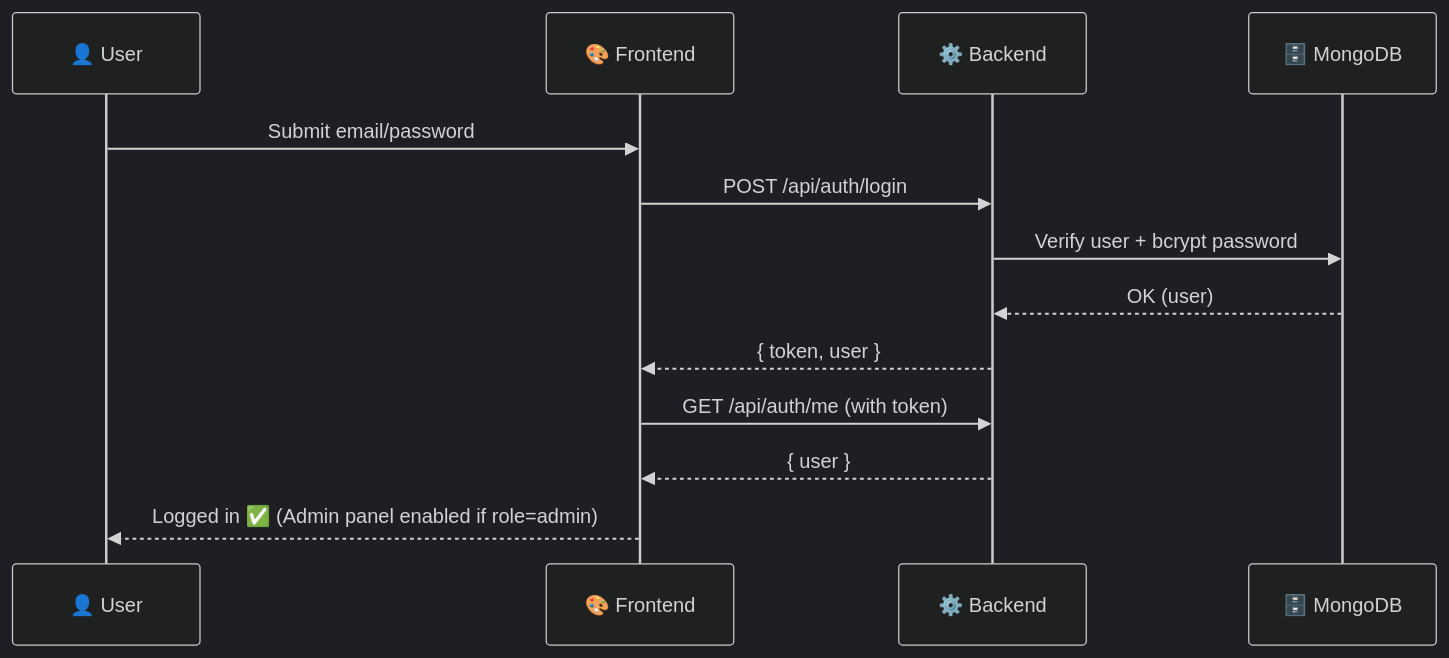
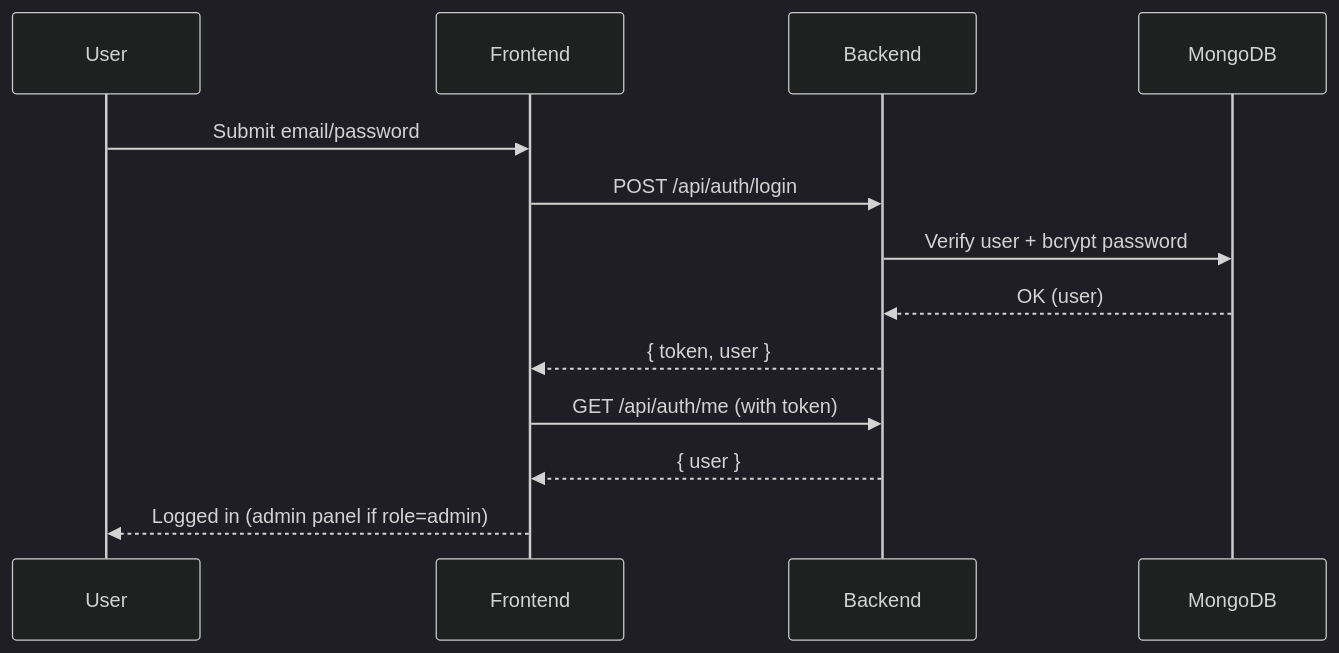
The third of 5 diagrams in README.md (Sandarsh18/KubePulse-Real-Time-Kubernetes-Management-Dashboard), drawn with Mermaid (dark theme) before and after one commit. The commit also changed other lines of this file, not shown here.

Commit message:
Docs: simplify Mermaid diagrams for GitHub readability (shorter labels, no emojis/styles)

````diff
--- a/README.md
+++ b/README.md
@@ -246,16 +230,16 @@
 ```mermaid
 sequenceDiagram
-    participant U as 👤 User
-    participant FE as 🎨 Frontend
-    participant BE as ⚙️ Backend
-    participant DB as 🗄️ MongoDB
+    participant U as User
+    participant FE as Frontend
+    participant BE as Backend
+    participant DB as MongoDB
 
     U->>FE: Submit email/password
     FE->>BE: POST /api/auth/login
     BE->>DB: Verify user + bcrypt password
     DB-->>BE: OK (user)
     BE-->>FE: { token, user }
     FE->>BE: GET /api/auth/me (with token)
     BE-->>FE: { user }
-    FE-->>U: Logged in ✅ (Admin panel enabled if role=admin)
+    FE-->>U: Logged in (admin panel if role=admin)
 ```
````
